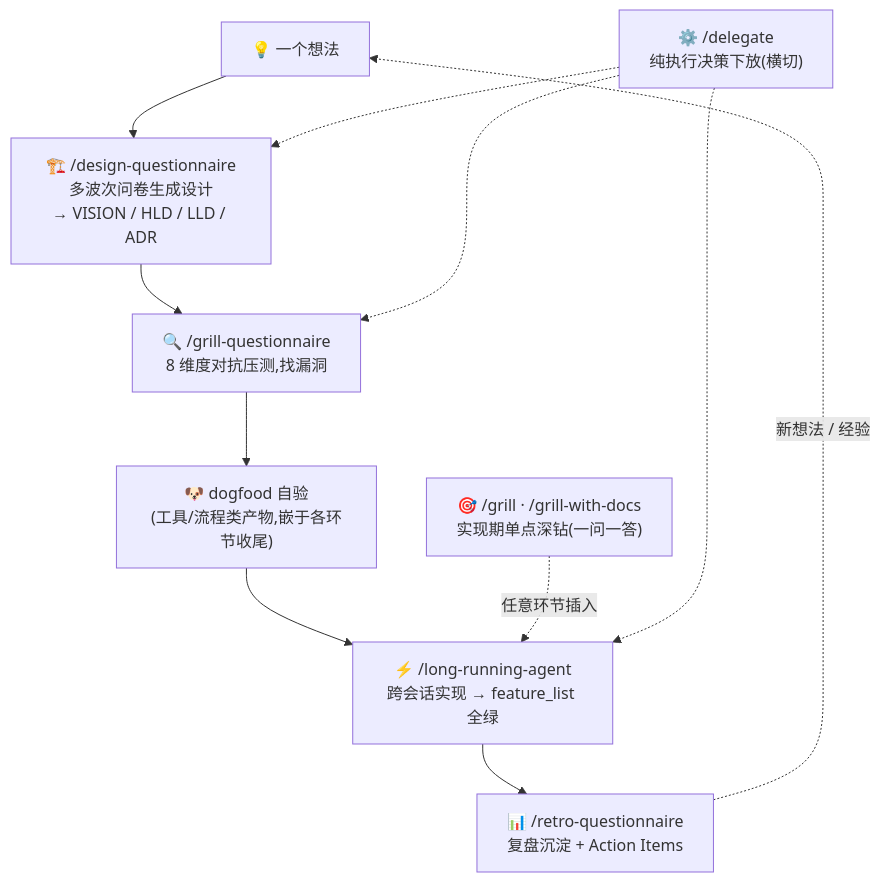
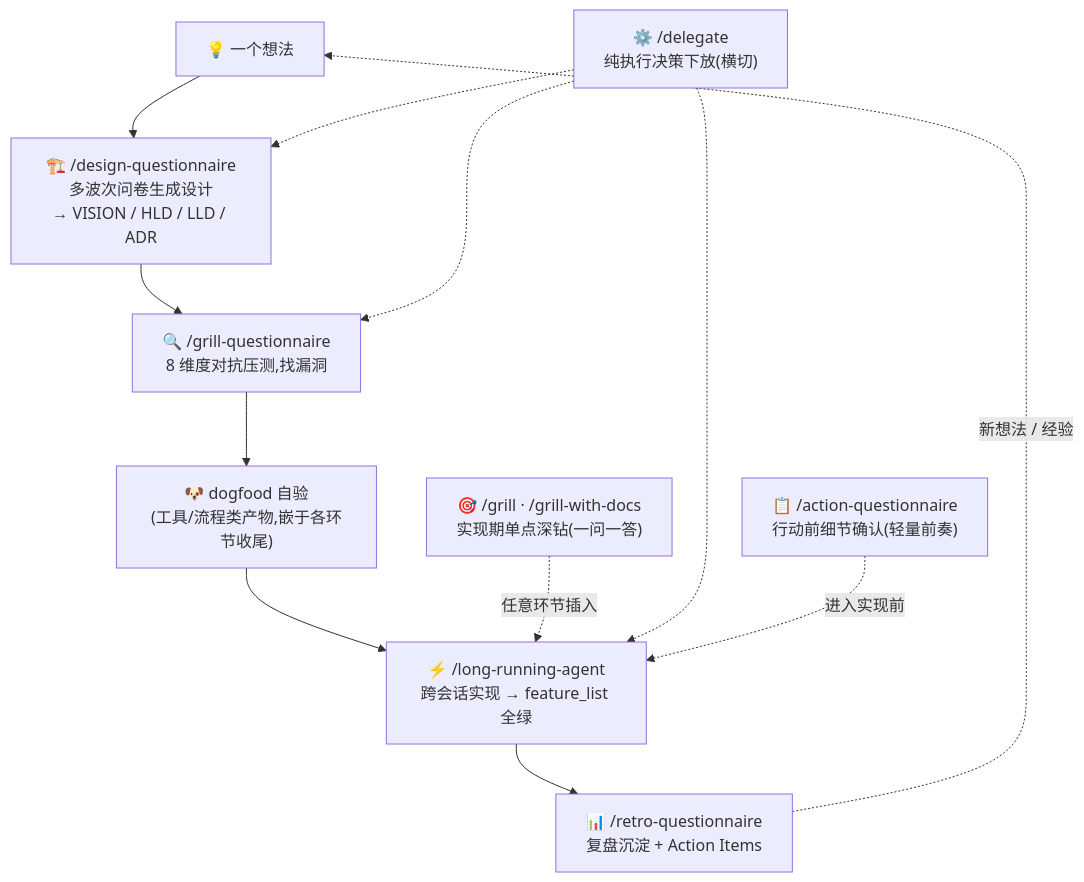
The diagram in README.md (code-cycler/info-driven-ai-se-harness-engineering), drawn with Mermaid before and after one commit. The commit also changed other lines of this file and 7 other files, not shown here.

````diff
--- a/README.md
+++ b/README.md
@@ -11,14 +11,15 @@
 ```mermaid
 flowchart TD
     A["💡 一个想法"] --> B["🏗️ /design-questionnaire<br/>多波次问卷生成设计<br/>→ VISION / HLD / LLD / ADR"]
     B --> C["🔍 /grill-questionnaire<br/>8 维度对抗压测,找漏洞"]
     C --> D["🐶 dogfood 自验<br/>(工具/流程类产物,嵌于各环节收尾)"]
     D --> E["⚡ /long-running-agent<br/>跨会话实现 → feature_list 全绿"]
     E --> F["📊 /retro-questionnaire<br/>复盘沉淀 + Action Items"]
     F -.->|新想法 / 经验| A
 
     G["🎯 /grill · /grill-with-docs<br/>实现期单点深钻(一问一答)"] -.->|任意环节插入| E
     H["⚙️ /delegate<br/>纯执行决策下放(横切)"] -.-> B
     H -.-> C
     H -.-> E
+    I["📋 /action-questionnaire<br/>行动前细节确认(轻量前奏)"] -.->|进入实现前| E
 ```
````
